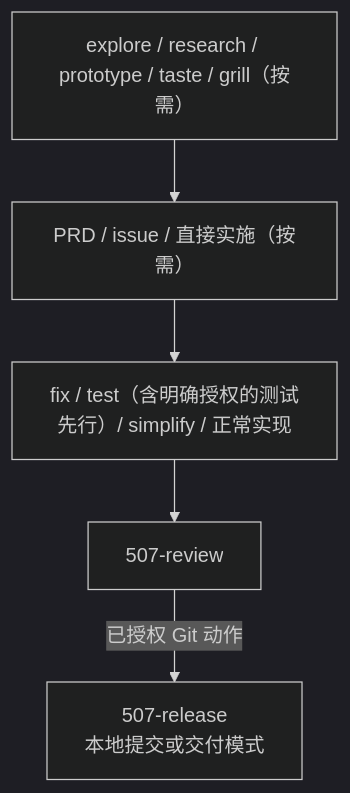
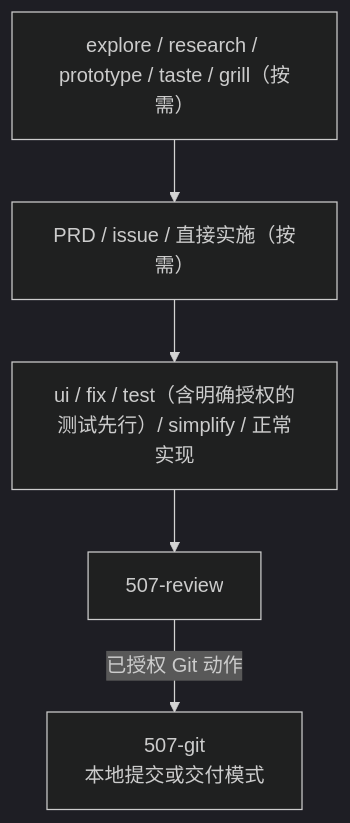
Before and after one commit to ssdiwu/507-skills: the second of 3 diagrams in README.md, drawn with Mermaid (dark theme). The commit also changed other lines of this file and 103 other files, not shown here.

````diff
--- a/README.md
+++ b/README.md
@@ -50,7 +54,7 @@
 ```mermaid
 flowchart TD
     context["explore / research / prototype / taste / grill（按需）"] --> carrier["PRD / issue / 直接实施（按需）"]
-    carrier --> work["fix / test（含明确授权的测试先行）/ simplify / 正常实现"]
+    carrier --> work["ui / fix / test（含明确授权的测试先行）/ simplify / 正常实现"]
     work --> review["507-review"]
-    review -->|"已授权 Git 动作"| release["507-release<br/>本地提交或交付模式"]
+    review -->|"已授权 Git 动作"| release["507-git<br/>本地提交或交付模式"]
 ```
````
